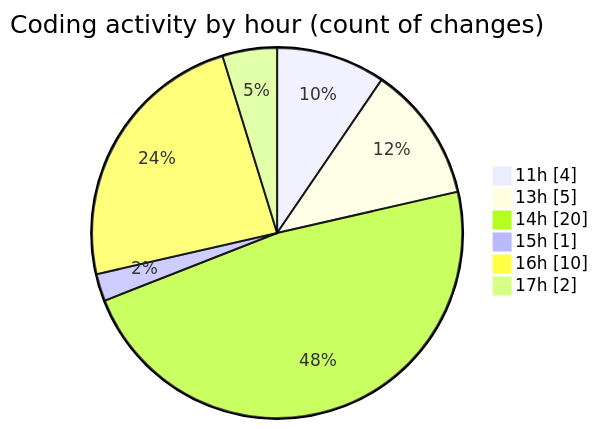
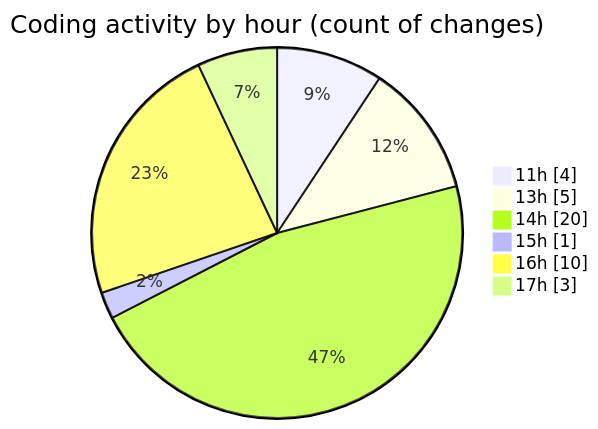
Before and after one commit to momahboobian/code-tracking: the second of 2 diagrams in 2025-05-13/cda/README.md, drawn with Mermaid. The commit also changed other lines of this file and 1 other file, not shown here.

````diff
--- a/2025-05-13/cda/README.md
+++ b/2025-05-13/cda/README.md
@@ -41,10 +42,10 @@
 ```mermaid
 pie showData
 title Coding activity by hour (count of changes)
 "11h" : 4
 "13h" : 5
 "14h" : 20
 "15h" : 1
 "16h" : 10
-"17h" : 2
+"17h" : 3
 ```
````
